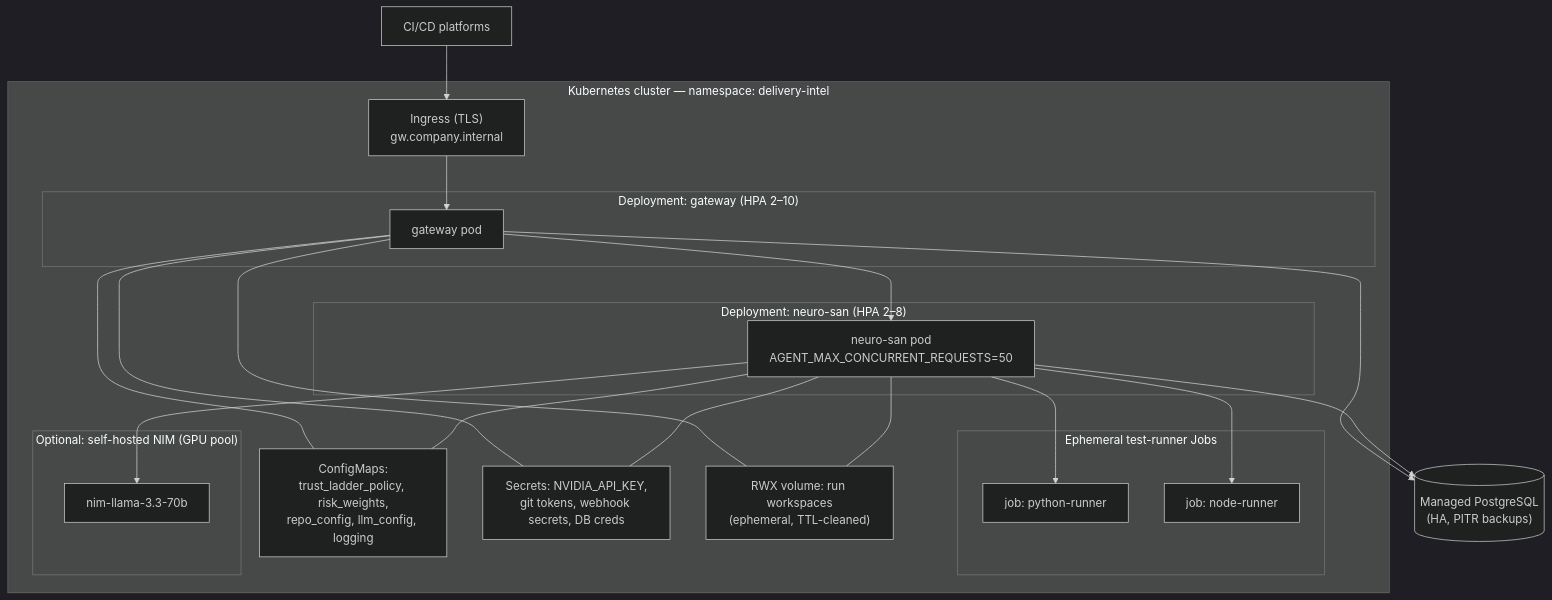
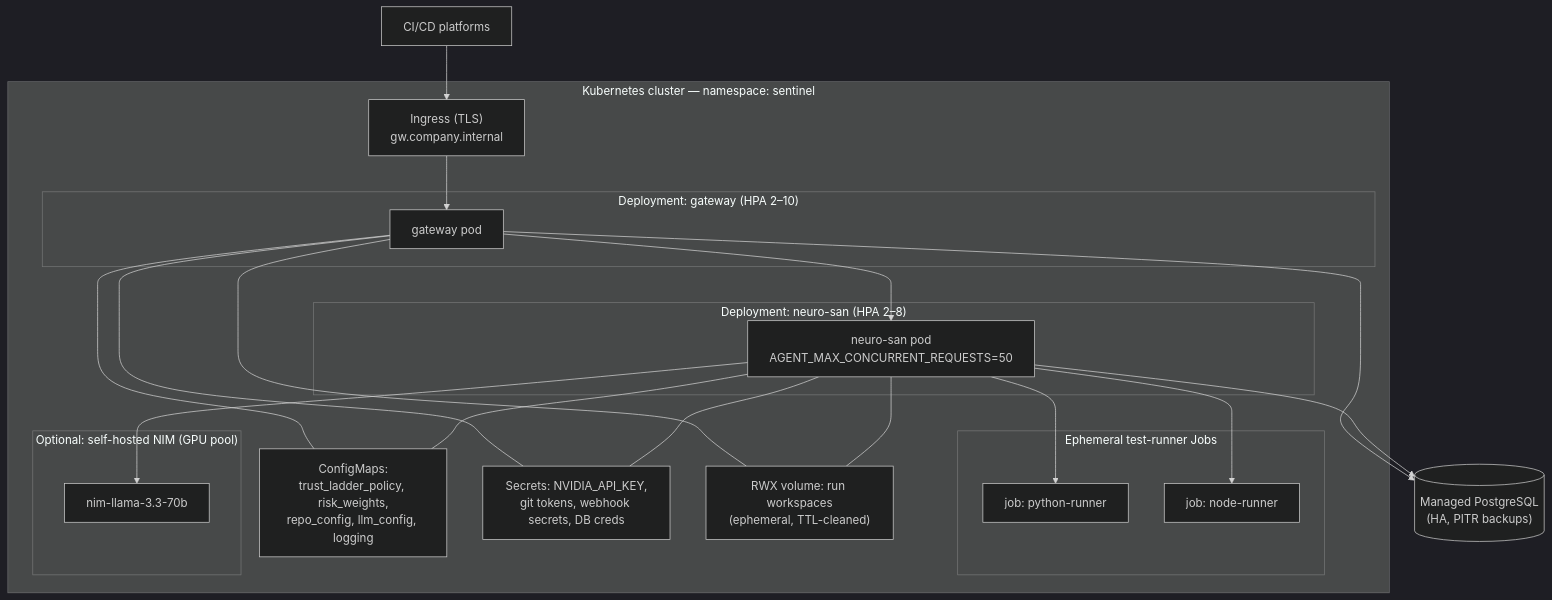
Before and after one commit to anandharshit712/Sentinel: the third of 3 diagrams in docs/solution/03-hld.md, drawn with Mermaid (dark theme). The commit also changed other lines of this file and 37 other files, not shown here.

````diff
--- a/docs/solution/03-hld.md
+++ b/docs/solution/03-hld.md
@@ -190,29 +190,29 @@
 ```mermaid
 flowchart TB
-    subgraph K8S["Kubernetes cluster — namespace: delivery-intel"]
+    subgraph K8S["Kubernetes cluster — namespace: sentinel"]
         ING["Ingress (TLS)<br/>gw.company.internal"]
         subgraph GWD["Deployment: gateway (HPA 2–10)"]
             GW1["gateway pod"]
         end
         subgraph NSD["Deployment: neuro-san (HPA 2–8)"]
             NS1["neuro-san pod<br/>AGENT_MAX_CONCURRENT_REQUESTS=50"]
         end
         subgraph JOBS["Ephemeral test-runner Jobs"]
             J1["job: python-runner"]
             J2["job: node-runner"]
         end
         subgraph NIMD["Optional: self-hosted NIM (GPU pool)"]
             NIM1["nim-llama-3.3-70b"]
         end
         CM["ConfigMaps:<br/>trust_ladder_policy, risk_weights,<br/>repo_config, llm_config, logging"]
         SEC["Secrets: NVIDIA_API_KEY,<br/>git tokens, webhook secrets, DB creds"]
         PVC["RWX volume: run workspaces<br/>(ephemeral, TTL-cleaned)"]
     end
     PGM[("Managed PostgreSQL<br/>(HA, PITR backups)")]
     CIC["CI/CD platforms"] --> ING --> GW1
     GW1 --> NS1
     NS1 --> J1 & J2
     NS1 --> NIM1
     GW1 & NS1 --> PGM
     GW1 & NS1 --- CM & SEC & PVC
 ```
````
